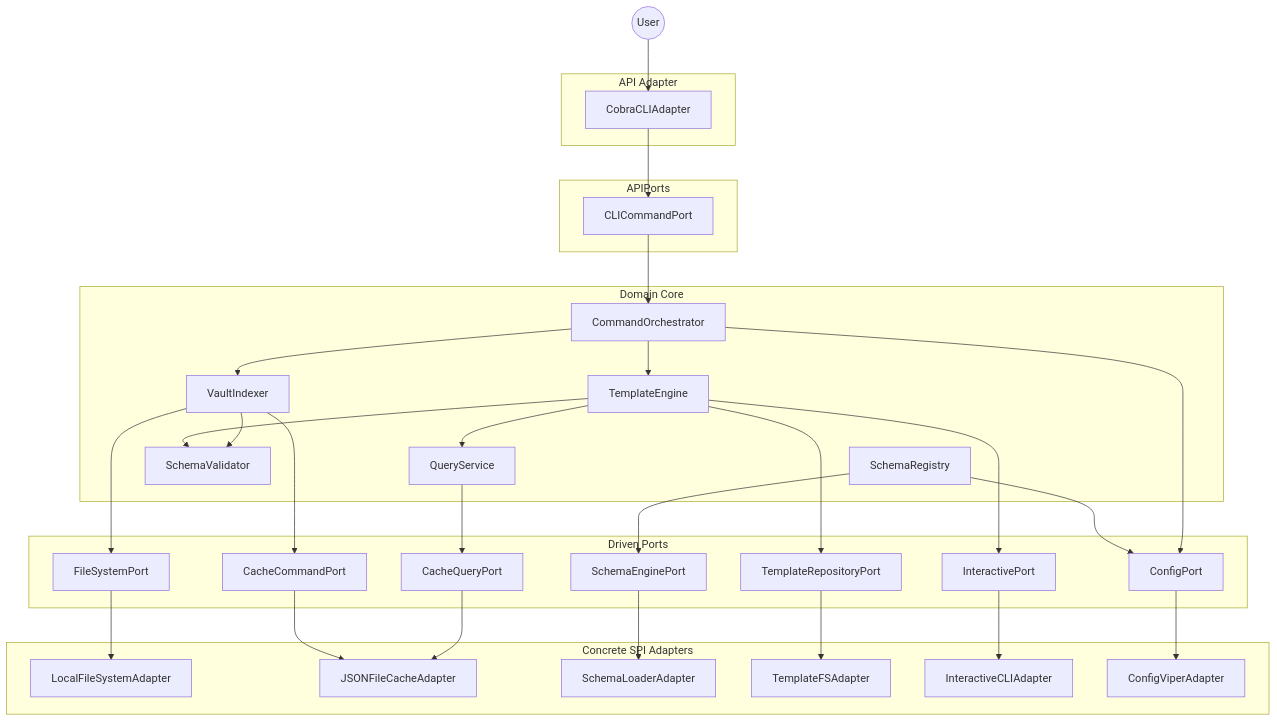
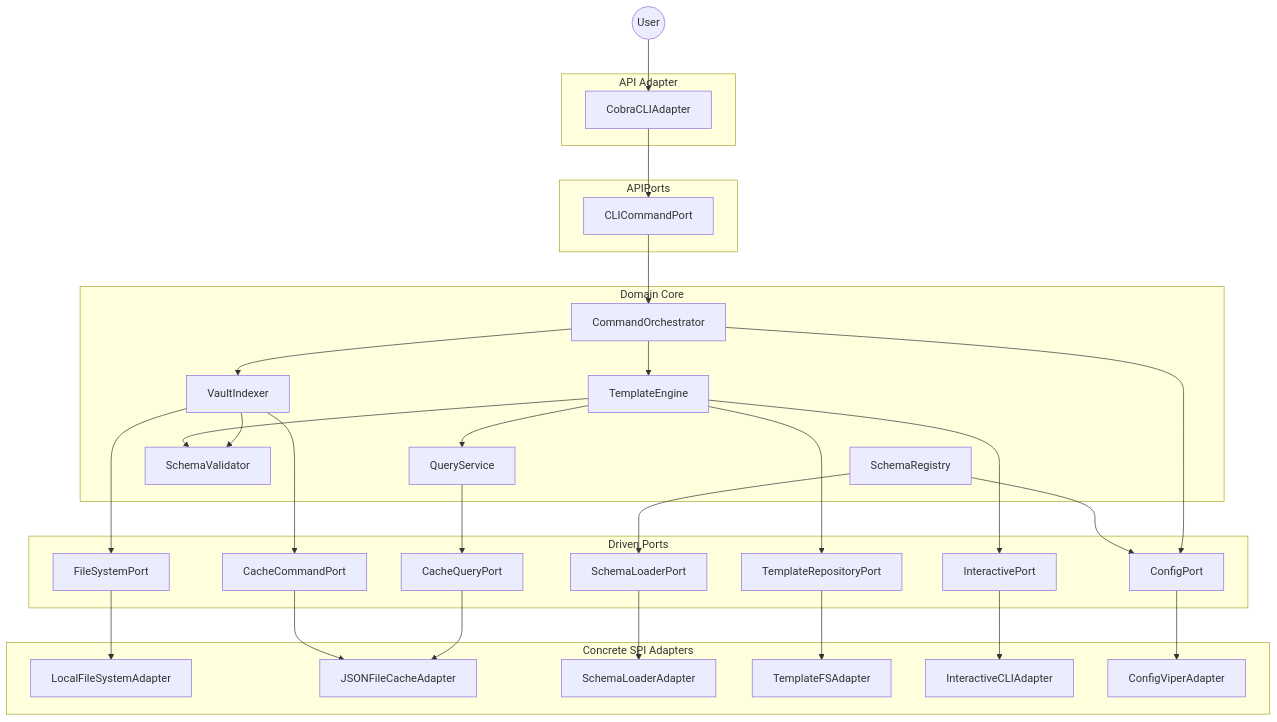
The diagram in docs/architecture/components.md (JackMatanky/lithos), drawn with Mermaid before and after one commit. The commit also changed other lines of this file and 38 other files, not shown here.

First line of the commit message:
refactor: extract property serialization to schema adapter

````diff
--- a/docs/architecture/components.md
+++ b/docs/architecture/components.md
@@ -436,65 +436,65 @@
 ```mermaid
 graph TD
     User((User))
 
     subgraph APIAdapters[API Adapter]
         CLI[CobraCLIAdapter]
     end
 
     subgraph APIPorts
         CSP[CLICommandPort]
     end
 
     subgraph DomainCore[Domain Core]
         CO[CommandOrchestrator]
         TE[TemplateEngine]
         QS[QueryService]
         SV[SchemaValidator]
         SR[SchemaRegistry]
         VI[VaultIndexer]
     end
 
     subgraph SPIPorts[Driven Ports]
         FS[FileSystemPort]
         CC[CacheCommandPort]
         CQ[CacheQueryPort]
-        SE[SchemaEnginePort]
+        SE[SchemaLoaderPort]
         TR[TemplateRepositoryPort]
         IP[InteractivePort]
         CP[ConfigPort]
     end
 
     subgraph SPIAdapters[Concrete SPI Adapters]
         LFS[LocalFileSystemAdapter]
         JFC[JSONFileCacheAdapter]
         SLA[SchemaLoaderAdapter]
         TFA[TemplateFSAdapter]
         ICA[InteractiveCLIAdapter]
         CVA[ConfigViperAdapter]
     end
 
     User --> CLI
     CLI --> CSP
     CSP --> CO
     CO --> TE
     CO --> VI
     TE --> QS
     TE --> SV
     VI --> SV
     TE --> IP
     TE --> TR
     VI --> FS
     VI --> CC
     QS --> CQ
     SR --> SE
     SR --> CP
     CO --> CP
 
     FS --> LFS
     CC --> JFC
     CQ --> JFC
     SE --> SLA
     TR --> TFA
     IP --> ICA
     CP --> CVA
 ```
````
